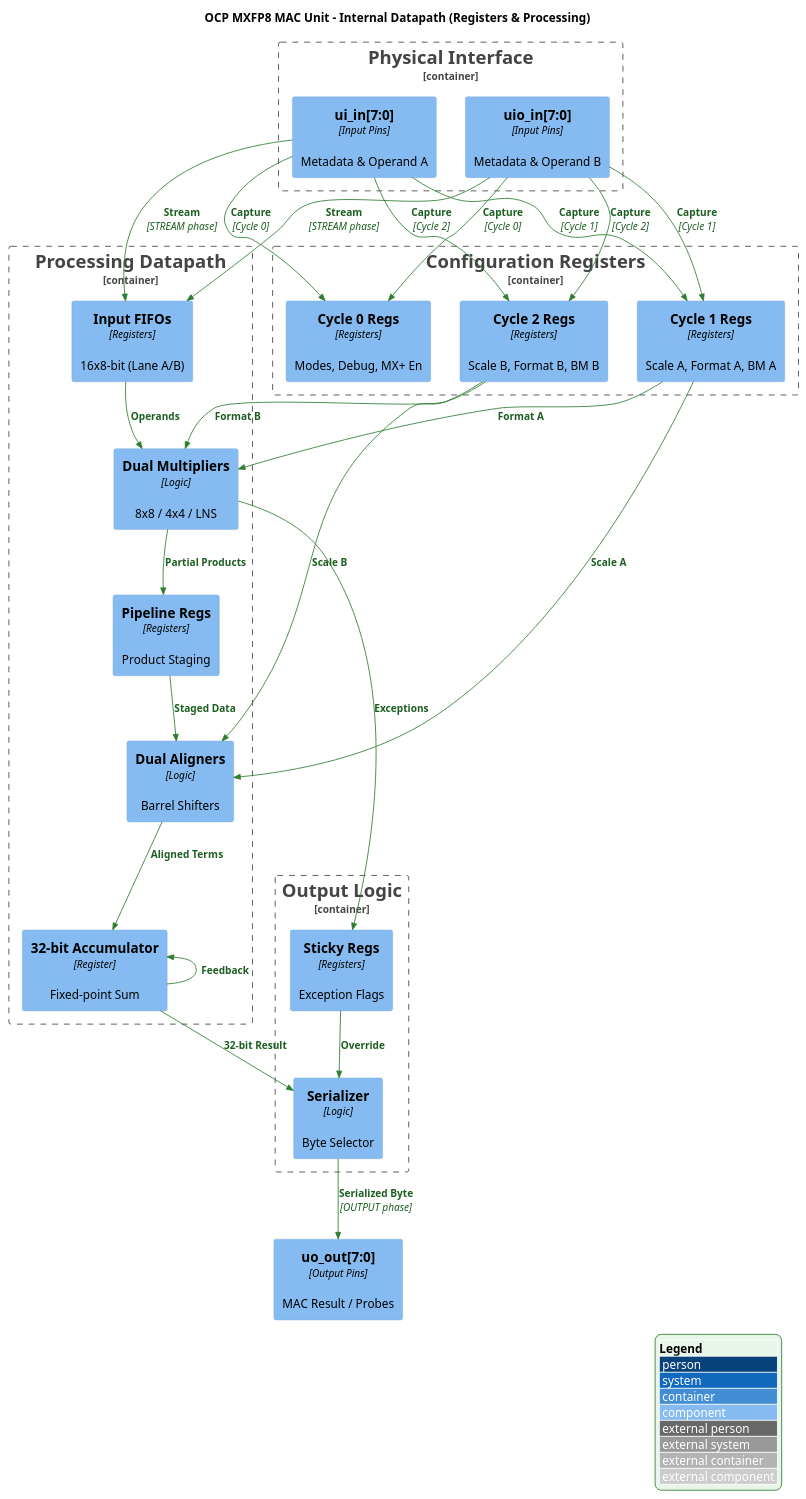
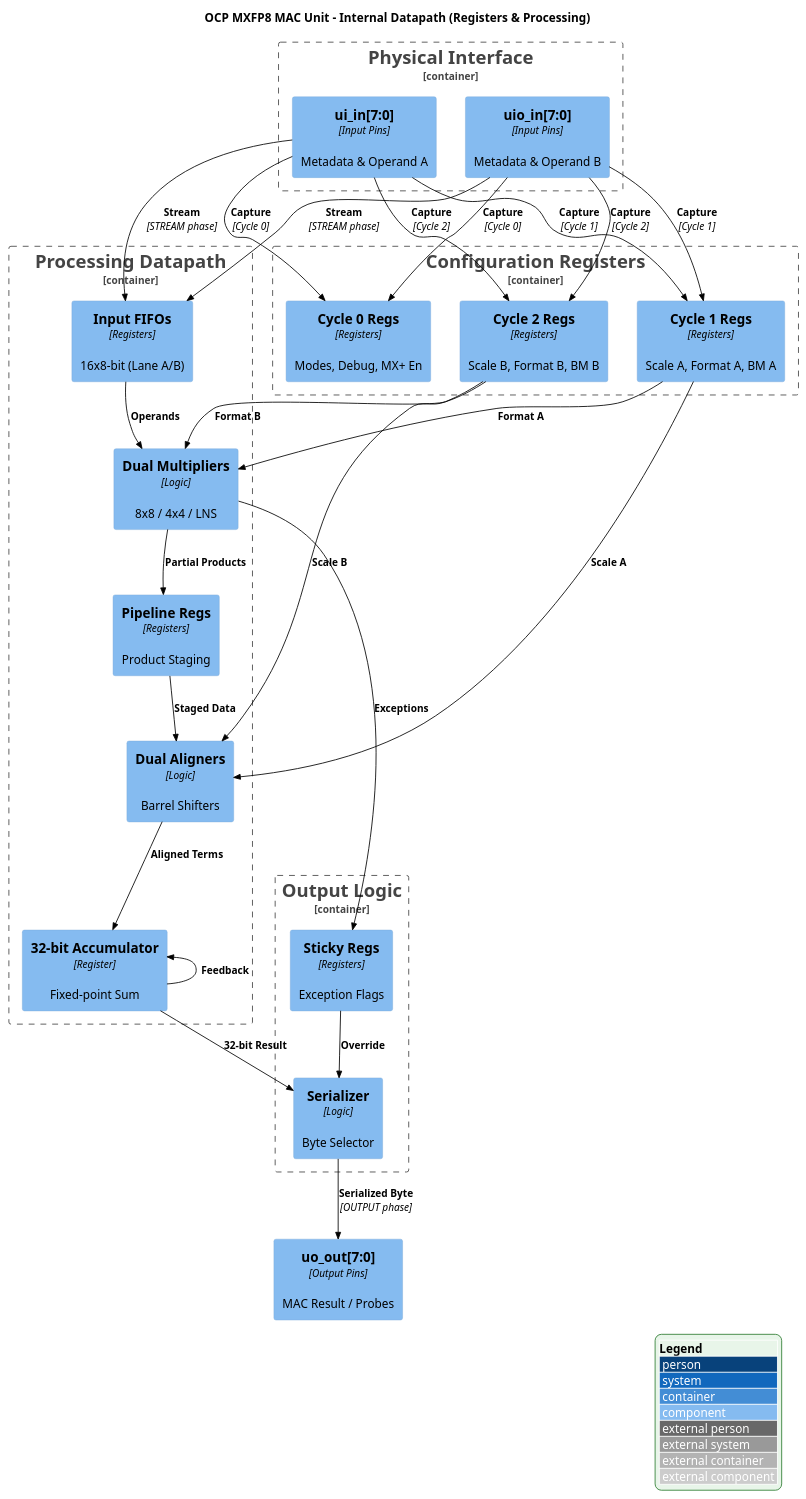
The diagram in docs/diagrams/DATAPATH_DIAGRAM.PUML (chatelao/ttihp-fp8-mul), drawn with PlantUML before and after one commit.

Commit message:
docs: update internal datapath diagram style to green boxes and black arrows
Modified docs/diagrams/DATAPATH_DIAGRAM.PUML to use a distinct green
theme for components and boundaries (BackgroundColor #90EE90,
BorderColor #006400) and set arrow colors to black. This fulfills
the request to have green boxes with black arrows while maintaining
the architectural distinction of the internal datapath visualization.

```diff
--- a/docs/diagrams/DATAPATH_DIAGRAM.PUML
+++ b/docs/diagrams/DATAPATH_DIAGRAM.PUML
@@ -1,101 +1,101 @@
 @startuml DATAPATH_DIAGRAM
 !include https://raw.githubusercontent.com/plantuml-stdlib/C4-PlantUML/master/C4_Component.puml
 
 LAYOUT_WITH_LEGEND()
 
 ' Green Theme Overrides
 skinparam backgroundColor white
 skinparam component {
-    BackgroundColor #E8F5E9
-    BorderColor #2E7D32
-    FontColor #1B5E20
+    BackgroundColor #90EE90
+    BorderColor #006400
+    FontColor #000000
 }
 skinparam rectangle<<container>> {
-    BackgroundColor #F1F8E9
-    BorderColor #33691E
-    FontColor #1B5E20
+    BackgroundColor #90EE90
+    BorderColor #006400
+    FontColor #000000
 }
 skinparam rectangle<<boundary>> {
     FontSize 20
-    BorderColor #2E7D32
-    FontColor #1B5E20
+    BorderColor #006400
+    FontColor #000000
 }
 skinparam rectangle<<container_boundary>> {
     FontSize 20
-    BorderColor #2E7D32
-    FontColor #1B5E20
+    BorderColor #006400
+    FontColor #000000
 }
 skinparam rectangle<<system_boundary>> {
     FontSize 20
-    BorderColor #2E7D32
-    FontColor #1B5E20
+    BorderColor #006400
+    FontColor #000000
 }
 skinparam Arrow {
-    Color #2E7D32
-    FontColor #1B5E20
+    Color black
+    FontColor black
 }
 skinparam legend {
     BackgroundColor #E8F5E9
     BorderColor #2E7D32
 }
 
 UpdateBoundaryStyle("container", $type="container")
 
 title OCP MXFP8 MAC Unit - Internal Datapath (Registers & Processing)
 
 Container_Boundary(input_pins, "Physical Interface") {
     Component(ui_in, "ui_in[7:0]", "Input Pins", "Metadata & Operand A")
     Component(uio_in, "uio_in[7:0]", "Input Pins", "Metadata & Operand B")
 }
 
 Container_Boundary(reg_file, "Configuration Registers") {
     Component(cfg_reg0, "Cycle 0 Regs", "Registers", "Modes, Debug, MX+ En")
     Component(cfg_reg1, "Cycle 1 Regs", "Registers", "Scale A, Format A, BM A")
     Component(cfg_reg2, "Cycle 2 Regs", "Registers", "Scale B, Format B, BM B")
 }
 
 Container_Boundary(datapath, "Processing Datapath") {
     Component(fifo, "Input FIFOs", "Registers", "16x8-bit (Lane A/B)")
     Component(mul, "Dual Multipliers", "Logic", "8x8 / 4x4 / LNS")
     Component(pipe_reg, "Pipeline Regs", "Registers", "Product Staging")
     Component(align, "Dual Aligners", "Logic", "Barrel Shifters")
     Component(acc, "32-bit Accumulator", "Register", "Fixed-point Sum")
 }
 
 Container_Boundary(output_logic, "Output Logic") {
     Component(sticky, "Sticky Regs", "Registers", "Exception Flags")
     Component(ser, "Serializer", "Logic", "Byte Selector")
 }
 
 Component(uo_out, "uo_out[7:0]", "Output Pins", "MAC Result / Probes")
 
 ' Dataflow Arrows
 Rel_D(ui_in, cfg_reg0, "Capture", "Cycle 0")
 Rel_D(uio_in, cfg_reg0, "Capture", "Cycle 0")
 Rel_D(ui_in, cfg_reg1, "Capture", "Cycle 1")
 Rel_D(uio_in, cfg_reg1, "Capture", "Cycle 1")
 Rel_D(ui_in, cfg_reg2, "Capture", "Cycle 2")
 Rel_D(uio_in, cfg_reg2, "Capture", "Cycle 2")
 
 Rel_D(ui_in, fifo, "Stream", "STREAM phase")
 Rel_D(uio_in, fifo, "Stream", "STREAM phase")
 
 Rel_D(fifo, mul, "Operands")
 Rel_D(cfg_reg1, mul, "Format A")
 Rel_D(cfg_reg2, mul, "Format B")
 
 Rel_D(mul, pipe_reg, "Partial Products")
 Rel_D(pipe_reg, align, "Staged Data")
 Rel_L(cfg_reg1, align, "Scale A")
 Rel_L(cfg_reg2, align, "Scale B")
 
 Rel_D(align, acc, "Aligned Terms")
 Rel_U(acc, acc, "Feedback")
 
 Rel_D(mul, sticky, "Exceptions")
 Rel_D(acc, ser, "32-bit Result")
 Rel_D(sticky, ser, "Override")
 
 Rel_D(ser, uo_out, "Serialized Byte", "OUTPUT phase")
 
 @enduml
```
